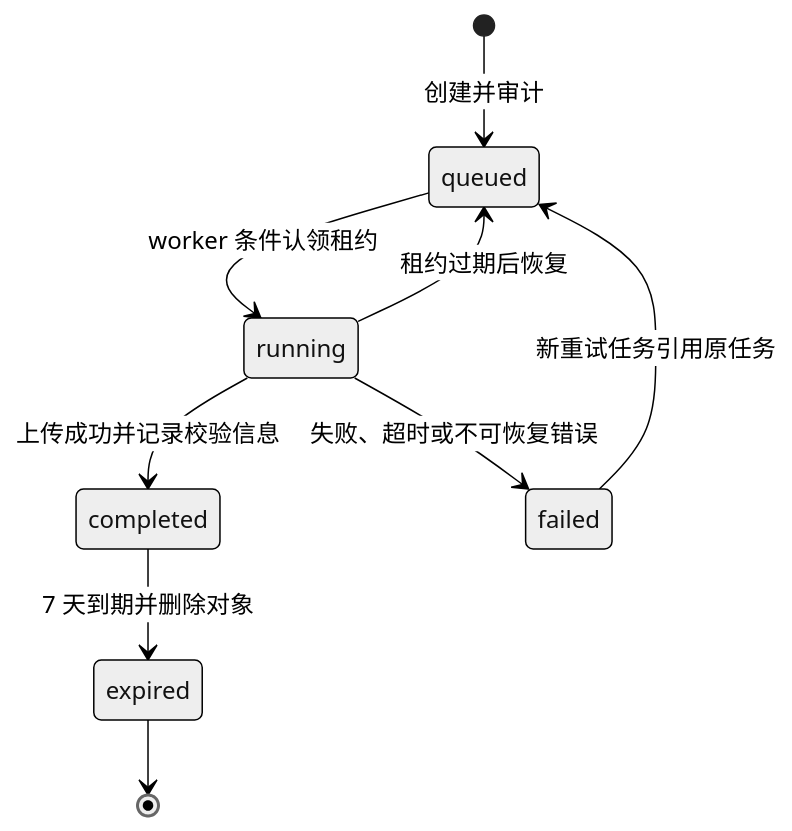
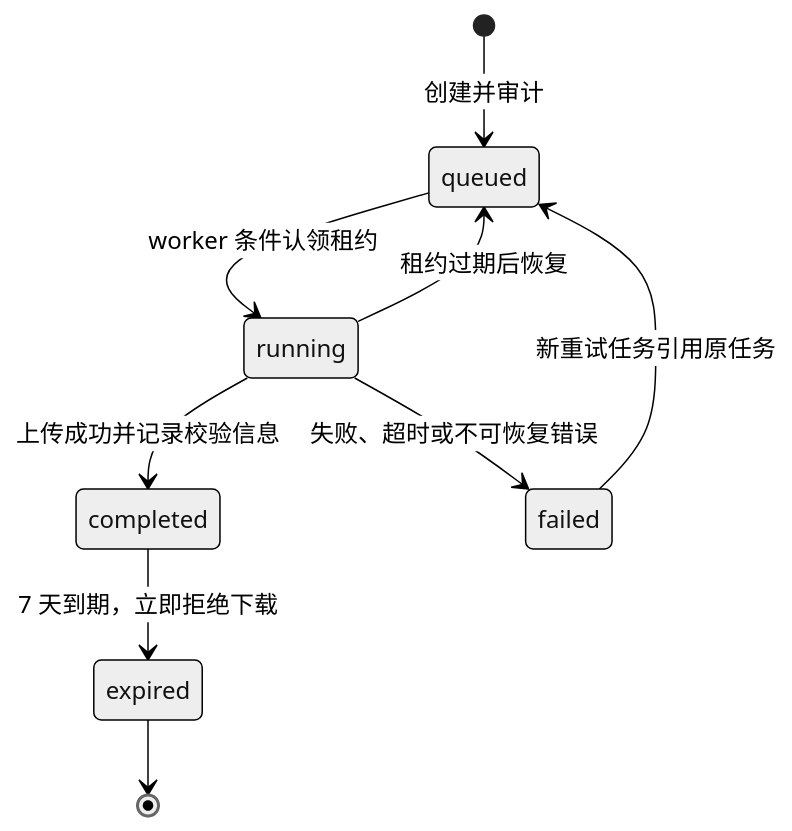
One commit to FluxCode666/FluxMedia-1 changed the fifth of 6 diagrams in docs/plans/2026-08-13-1516-feat-operations-dashboard-plan.md. Above: the diagram before and after it, drawn with Mermaid (neutral theme). The commit also changed other lines of this file, not shown here.

````diff
--- a/docs/plans/2026-08-13-1516-feat-operations-dashboard-plan.md
+++ b/docs/plans/2026-08-13-1516-feat-operations-dashboard-plan.md
@@ -343,11 +378,11 @@
 ```mermaid
 stateDiagram-v2
   [*] --> queued: 创建并审计
   queued --> running: worker 条件认领租约
   running --> completed: 上传成功并记录校验信息
   running --> failed: 失败、超时或不可恢复错误
   failed --> queued: 新重试任务引用原任务
   running --> queued: 租约过期后恢复
-  completed --> expired: 7 天到期并删除对象
+  completed --> expired: 7 天到期，立即拒绝下载
   expired --> [*]
 ```
````
